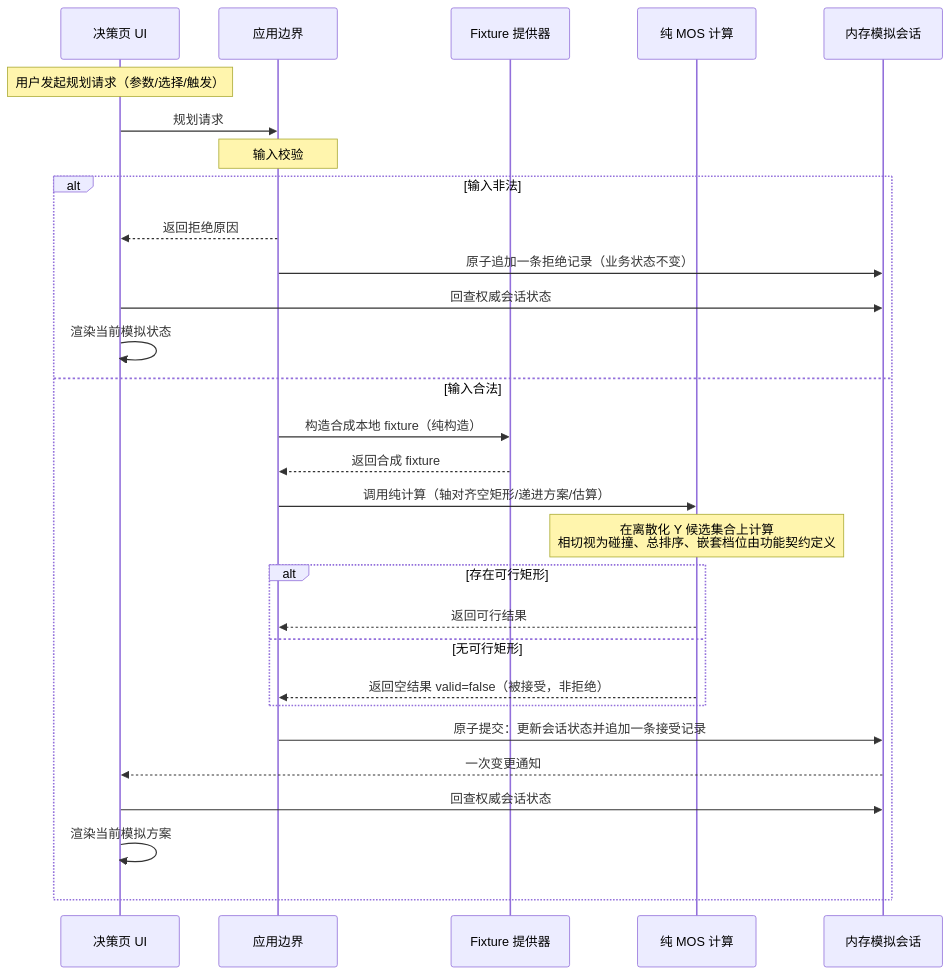
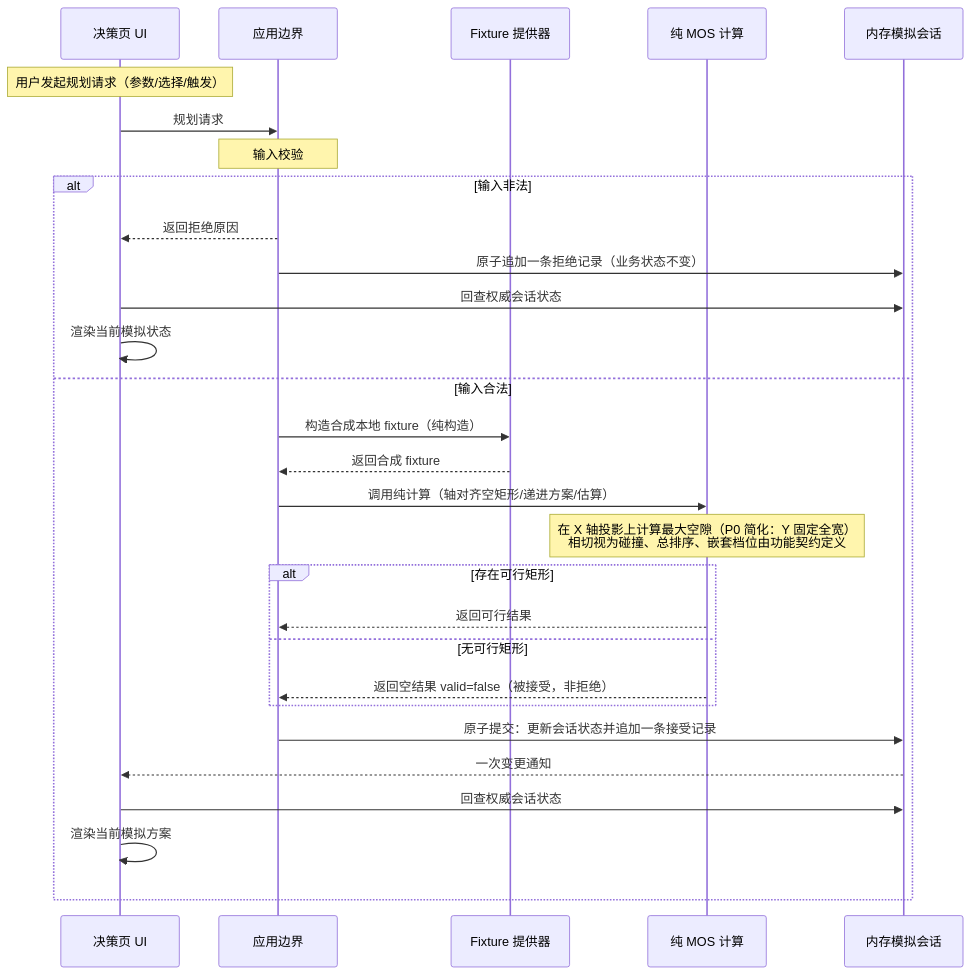
One commit to wbzzzd/UXO_v1 changed the diagram in docs/architecture/sequence-diagram-mos.mermaid. Above: the diagram before and after it, drawn with Mermaid. The commit also changed 4 other files, not shown here.

```diff
--- a/docs/architecture/sequence-diagram-mos.mermaid
+++ b/docs/architecture/sequence-diagram-mos.mermaid
@@ -1,35 +1,35 @@
 %% MOS 规划流程时序图（Draft 概念流程）
 %% 来源：docs/features/mos-planning.md（Draft 功能契约）与 docs/architecture/architecture-mos.md（Draft 架构评审材料）。
 %% 不来自任何归档文件。仅用于概念评审，不命名具体类、方法、字段或公式；不声称 Qt 实现已存在。
 
 sequenceDiagram
     participant UI as 决策页 UI
     participant APP as 应用边界
     participant FX as Fixture 提供器
     participant MOS as 纯 MOS 计算
     participant SES as 内存模拟会话
 
     Note over UI: 用户发起规划请求（参数/选择/触发）
     UI->>APP: 规划请求
 
     Note over APP: 输入校验
     alt 输入非法
         APP-->>UI: 返回拒绝原因
         APP->>SES: 原子追加一条拒绝记录（业务状态不变）
         UI->>SES: 回查权威会话状态
         UI->>UI: 渲染当前模拟状态
     else 输入合法
         APP->>FX: 构造合成本地 fixture（纯构造）
         FX-->>APP: 返回合成 fixture
         APP->>MOS: 调用纯计算（轴对齐空矩形/递进方案/估算）
-        Note over MOS: 在离散化 Y 候选集合上计算<br/>相切视为碰撞、总排序、嵌套档位由功能契约定义
+        Note over MOS: 在 X 轴投影上计算最大空隙（P0 简化：Y 固定全宽）<br/>相切视为碰撞、总排序、嵌套档位由功能契约定义
         alt 存在可行矩形
             MOS-->>APP: 返回可行结果
         else 无可行矩形
             MOS-->>APP: 返回空结果 valid=false（被接受，非拒绝）
         end
         APP->>SES: 原子提交：更新会话状态并追加一条接受记录
         SES-->>UI: 一次变更通知
         UI->>SES: 回查权威会话状态
         UI->>UI: 渲染当前模拟方案
     end
```
